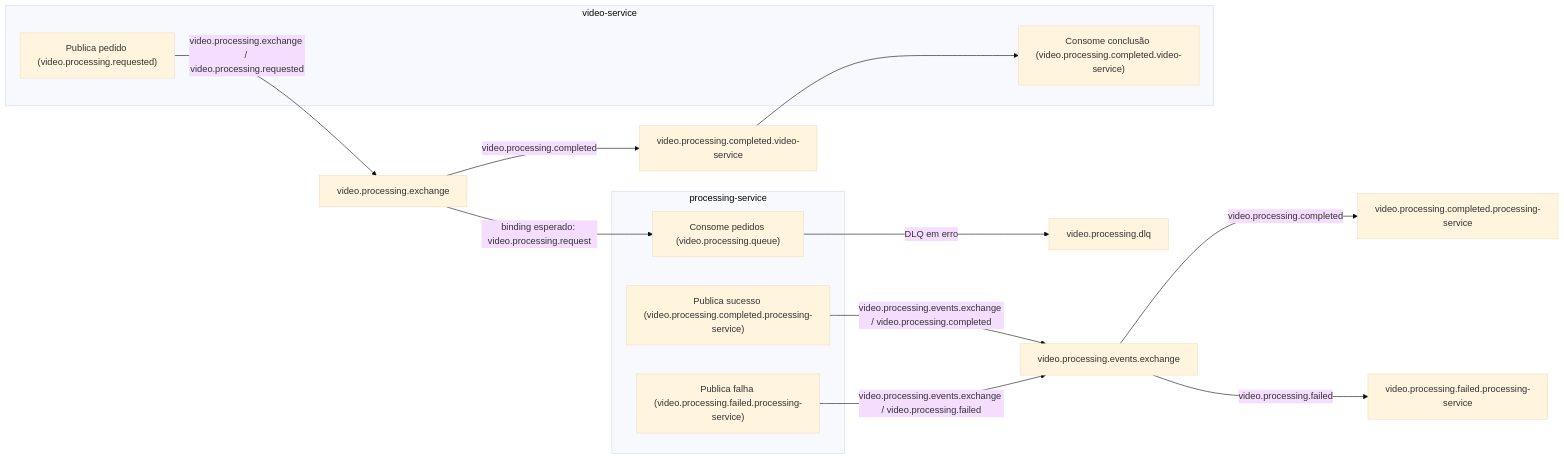
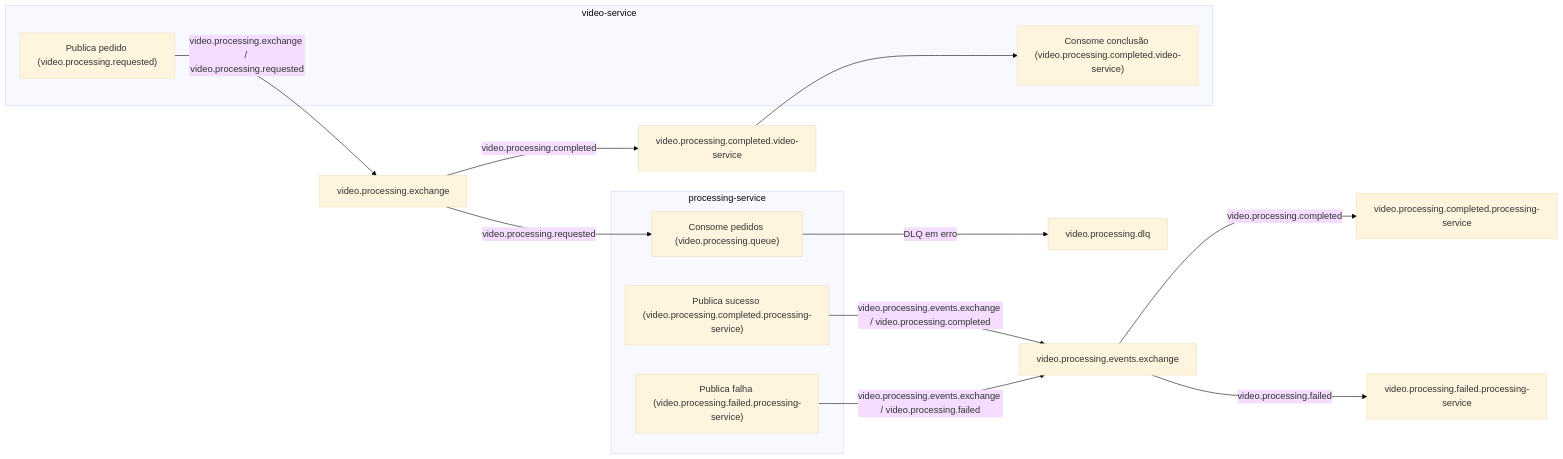
The diagram in QUEUES.md (Pos-Tech-FIAP-Group/video-processor), drawn with Mermaid (base theme) before and after one commit. The commit also changed other lines of this file and 3 other files, not shown here.

````diff
--- a/QUEUES.md
+++ b/QUEUES.md
@@ -107,27 +106,27 @@
 ```mermaid
 flowchart LR
   subgraph videoService [video-service]
     vs_pub["Publica pedido (video.processing.requested)"]
     vs_consume["Consome conclusão (video.processing.completed.video-service)"]
   end
 
   subgraph processingService [processing-service]
     ps_consume["Consome pedidos (video.processing.queue)"]
     ps_pub_ok["Publica sucesso (video.processing.completed.processing-service)"]
     ps_pub_fail["Publica falha (video.processing.failed.processing-service)"]
   end
 
   vs_pub -->|"video.processing.exchange / video.processing.requested"| ex_main["video.processing.exchange"]
-  ex_main -->|"binding esperado: video.processing.request"| ps_consume
+  ex_main -->|"video.processing.requested"| ps_consume
 
   ps_consume -->|"DLQ em erro"| dlq["video.processing.dlq"]
 
   ps_pub_ok -->|"video.processing.events.exchange / video.processing.completed"| ex_events["video.processing.events.exchange"]
   ps_pub_fail -->|"video.processing.events.exchange / video.processing.failed"| ex_events
 
   ex_events -->|"video.processing.completed"| q_completed["video.processing.completed.processing-service"]
   ex_events -->|"video.processing.failed"| q_failed["video.processing.failed.processing-service"]
 
   ex_main -->|"video.processing.completed"| q_vs_completed["video.processing.completed.video-service"]
   q_vs_completed --> vs_consume
 ```
````
